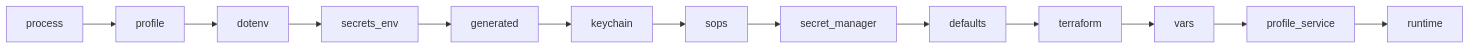
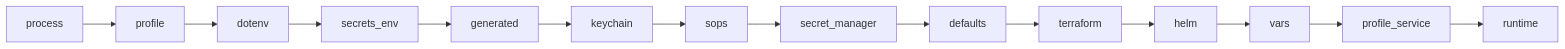
One commit to amr-m-abdelgawad/devctl changed the diagram in docs/environment.md. Above: the diagram before and after it, drawn with Mermaid. The commit also changed other lines of this file and 21 other files, not shown here.

````diff
--- a/docs/environment.md
+++ b/docs/environment.md
@@ -9,4 +9,4 @@
 ```mermaid
 flowchart LR
-  process --> profile --> dotenv --> secrets_env --> generated --> keychain --> sops --> secret_manager --> defaults --> terraform --> vars --> profile_service --> runtime
+  process --> profile --> dotenv --> secrets_env --> generated --> keychain --> sops --> secret_manager --> defaults --> terraform --> helm --> vars --> profile_service --> runtime
 ```
````
